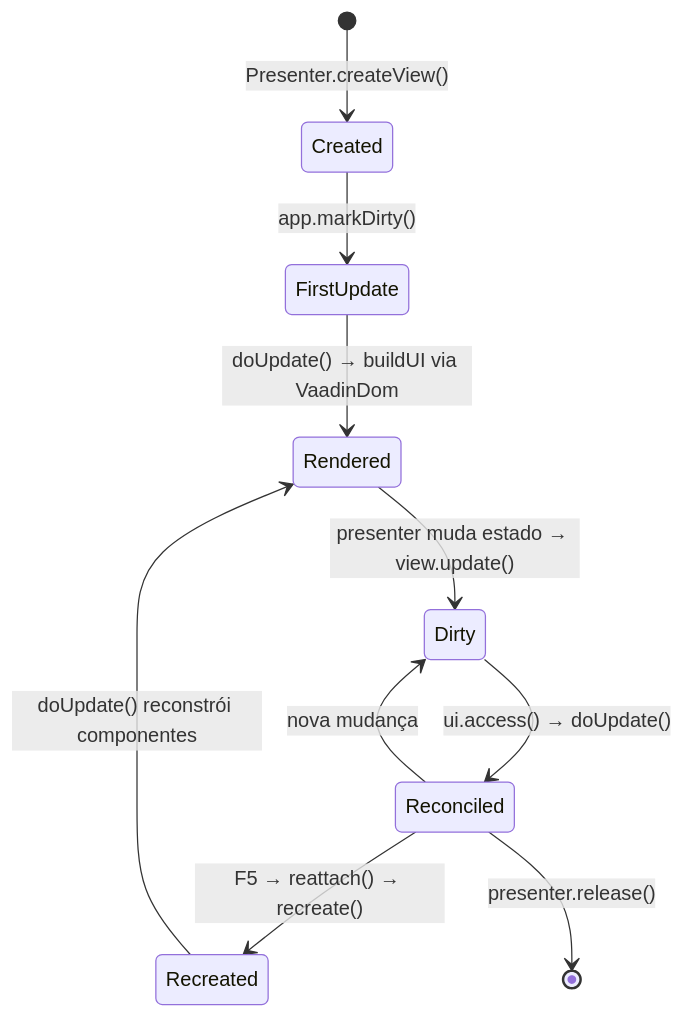
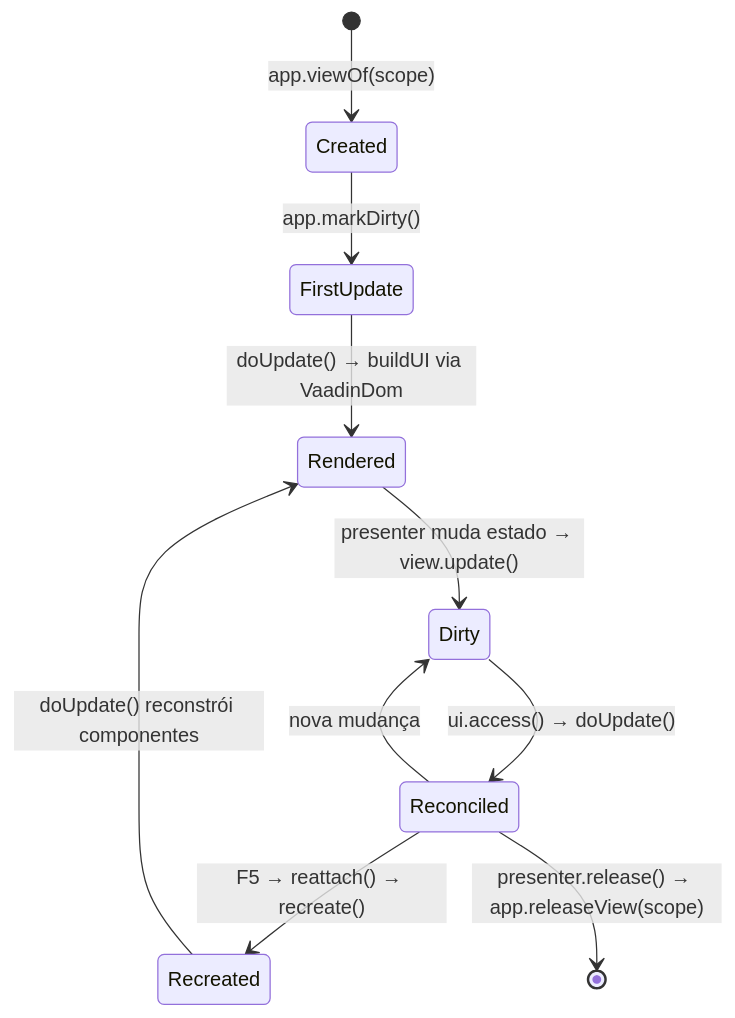
One commit to mrcdom/wdc-cube-java-v2 changed the fourth of 4 diagrams in fontes/br.com.wdc.shopping/br.com.wdc.shopping.view.vaadin/README.md. Above: the diagram before and after it, drawn with Mermaid. The commit also changed other lines of this file and 64 other files, not shown here.

````diff
--- a/fontes/br.com.wdc.shopping/br.com.wdc.shopping.view.vaadin/README.md
+++ b/fontes/br.com.wdc.shopping/br.com.wdc.shopping.view.vaadin/README.md
@@ -349,12 +343,12 @@
 ```mermaid
 stateDiagram-v2
-    [*] --> Created: Presenter.createView()
+    [*] --> Created: app.viewOf(scope)
     Created --> FirstUpdate: app.markDirty()
     FirstUpdate --> Rendered: doUpdate() → buildUI via VaadinDom
     Rendered --> Dirty: presenter muda estado → view.update()
     Dirty --> Reconciled: ui.access() → doUpdate()
     Reconciled --> Dirty: nova mudança
     Reconciled --> Recreated: F5 → reattach() → recreate()
     Recreated --> Rendered: doUpdate() reconstrói componentes
-    Reconciled --> [*]: presenter.release()
+    Reconciled --> [*]: presenter.release() → app.releaseView(scope)
 ```
````
